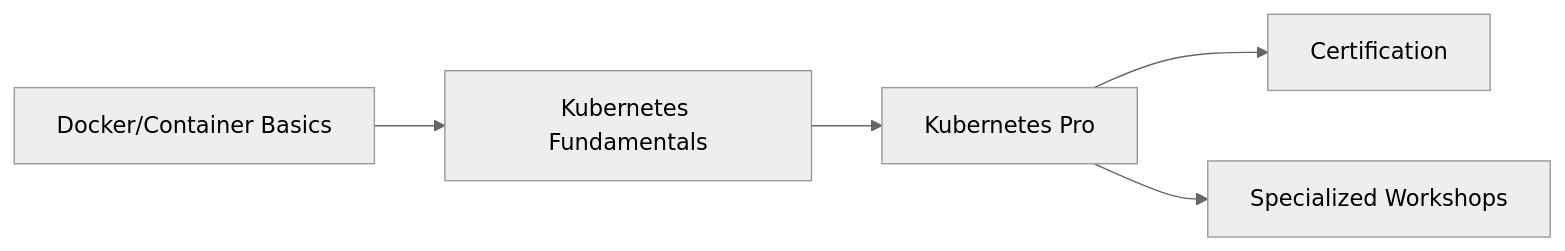
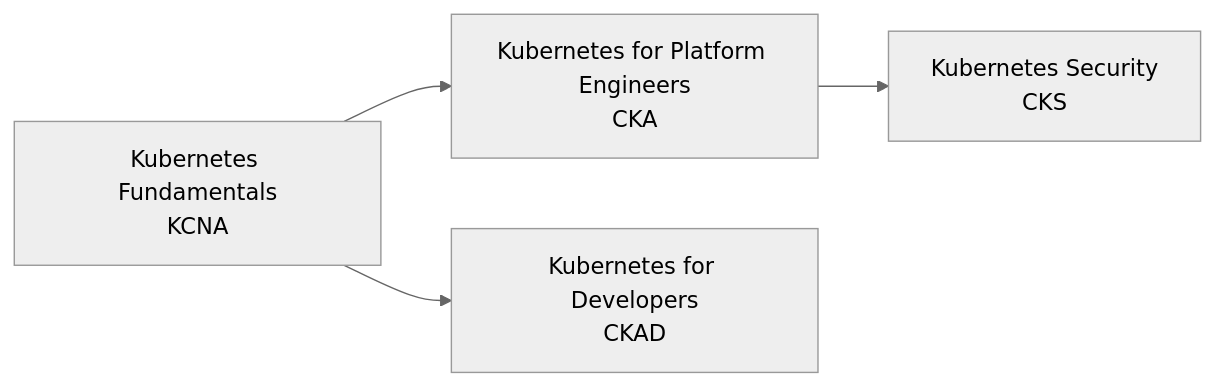
Before and after one commit to hlesey/website: the diagram in docs/intro.md, drawn with Mermaid (neutral theme). The commit also changed other lines of this file and 15 other files, not shown here.

````diff
--- a/docs/intro.md
+++ b/docs/intro.md
@@ -47,7 +49,6 @@
 ```mermaid
 graph LR
-    A[Docker/Container Basics] --> B[Kubernetes Fundamentals]
-    B --> C[Kubernetes Pro]
-    C --> D[Certification]
-    C --> E[Specialized Workshops]
+    A[Kubernetes Fundamentals<br/>KCNA] --> B[Kubernetes for Platform Engineers<br/>CKA]
+    A --> C[Kubernetes for Developers<br/>CKAD]
+    B --> D[Kubernetes Security<br/>CKS]
 ```
````
